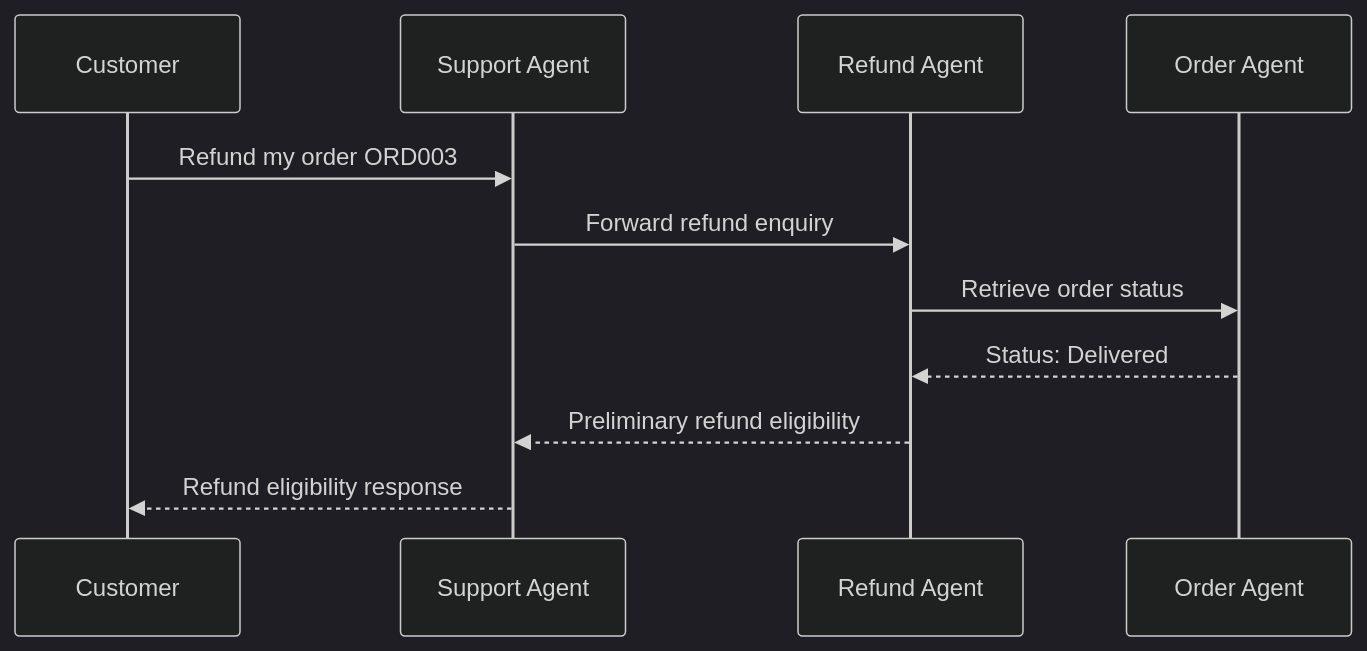
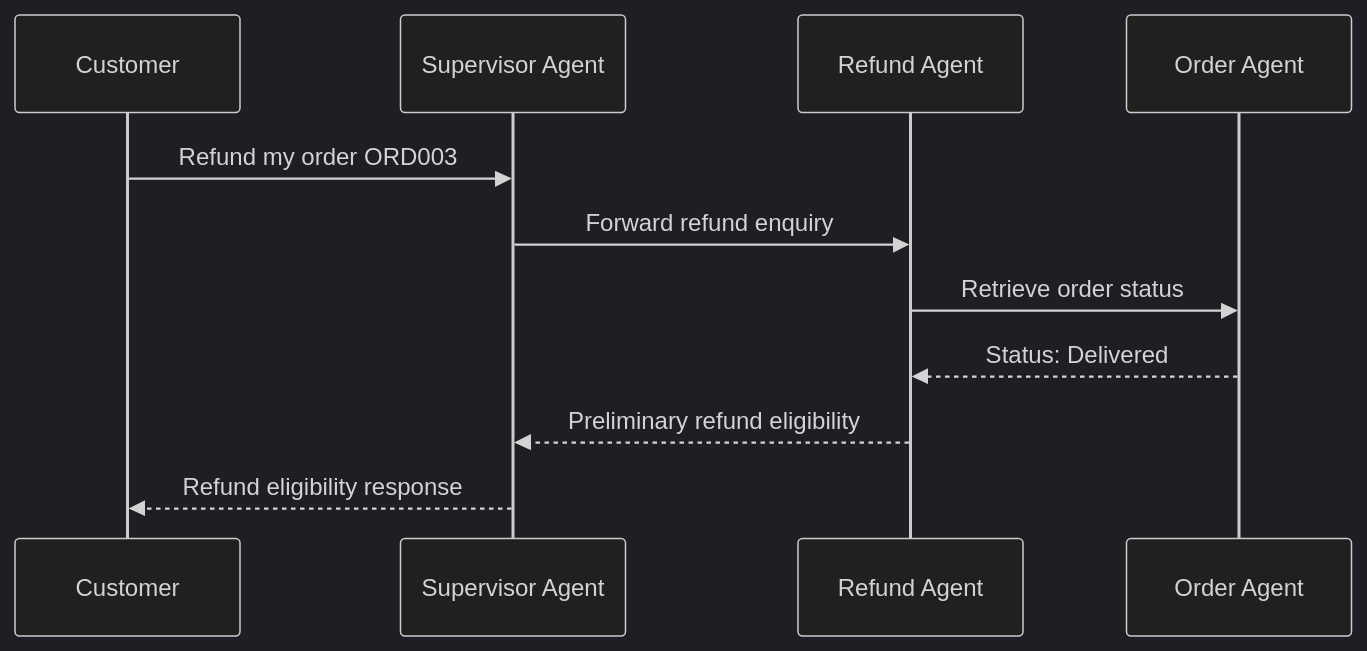
One commit to laihan1/zero-cost-a2a-customer-support changed the second of 2 diagrams in README.md. Above: the diagram before and after it, drawn with Mermaid (dark theme). The commit also changed other lines of this file and 18 other files, not shown here.

````diff
--- a/README.md
+++ b/README.md
@@ -256,14 +268,14 @@
 ```mermaid
 sequenceDiagram
     participant C as Customer
-    participant S as Support Agent
+    participant S as Supervisor Agent
     participant R as Refund Agent
     participant O as Order Agent
 
     C->>S: Refund my order ORD003
     S->>R: Forward refund enquiry
     R->>O: Retrieve order status
     O-->>R: Status: Delivered
     R-->>S: Preliminary refund eligibility
     S-->>C: Refund eligibility response
 ```
````
